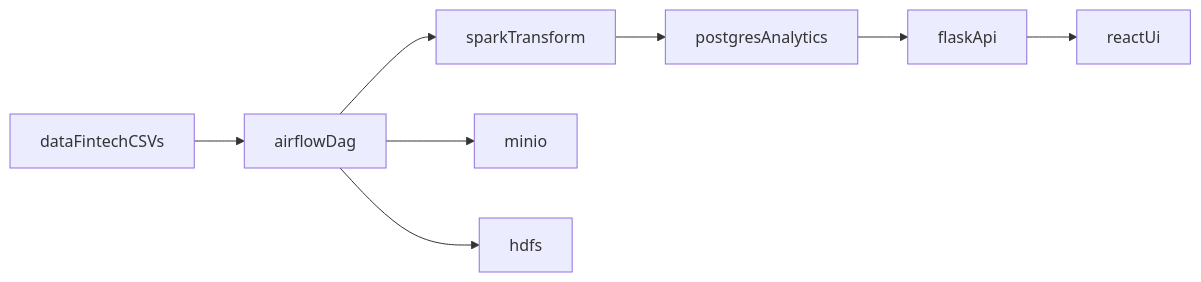
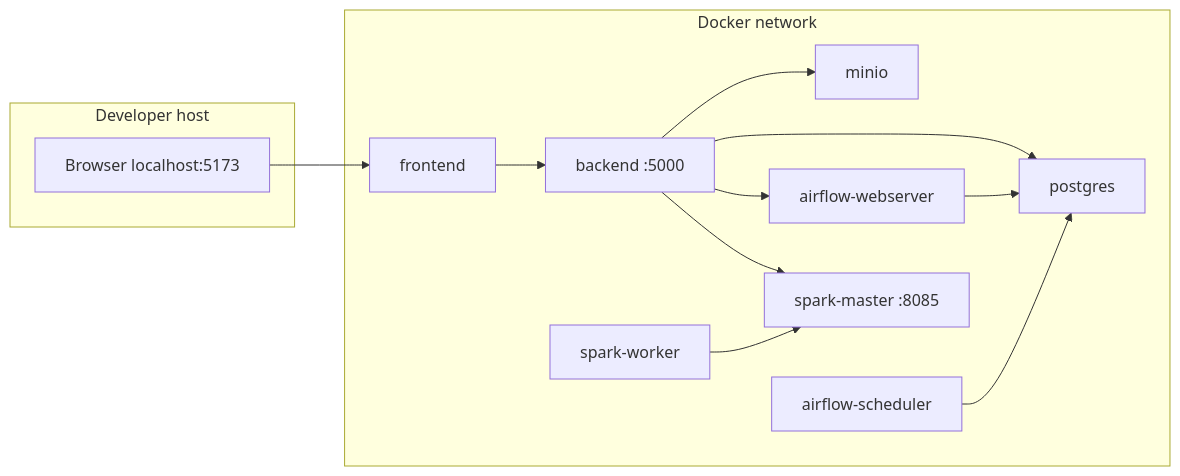
One commit to Cemputus/Distributed-Data-Processing-Pipeline changed the second of 4 diagrams in docs/ARCHITECTURE.md. Above: the diagram before and after it, drawn with Mermaid. The commit also changed other lines of this file, not shown here.

Commit message:
architecture

````diff
--- a/docs/ARCHITECTURE.md
+++ b/docs/ARCHITECTURE.md
@@ -5,10 +73,25 @@
 ```mermaid
 flowchart LR
-  fintechCsv[dataFintechCSVs] --> airflowDag[airflowDag]
-  airflowDag --> sparkTransform[sparkTransform]
-  sparkTransform --> curatedDb[postgresAnalytics]
-  curatedDb --> flaskApi[flaskApi]
-  flaskApi --> reactUi[reactUi]
-  airflowDag --> minioStore[minio]
-  airflowDag --> hdfsStore[hdfs]
+  subgraph host [Developer host]
+    BROWSER[Browser localhost:5173]
+  end
+  subgraph compose [Docker network]
+    FE[frontend]
+    BE[backend :5000]
+    PGS[postgres]
+    MIN[minio]
+    AFWS[airflow-webserver]
+    AFSCH[airflow-scheduler]
+    SM[spark-master :8085]
+    SW[spark-worker]
+  end
+  BROWSER --> FE
+  FE --> BE
+  BE --> PGS
+  BE --> MIN
+  BE --> AFWS
+  BE --> SM
+  AFWS --> PGS
+  AFSCH --> PGS
+  SW --> SM
 ```
````
